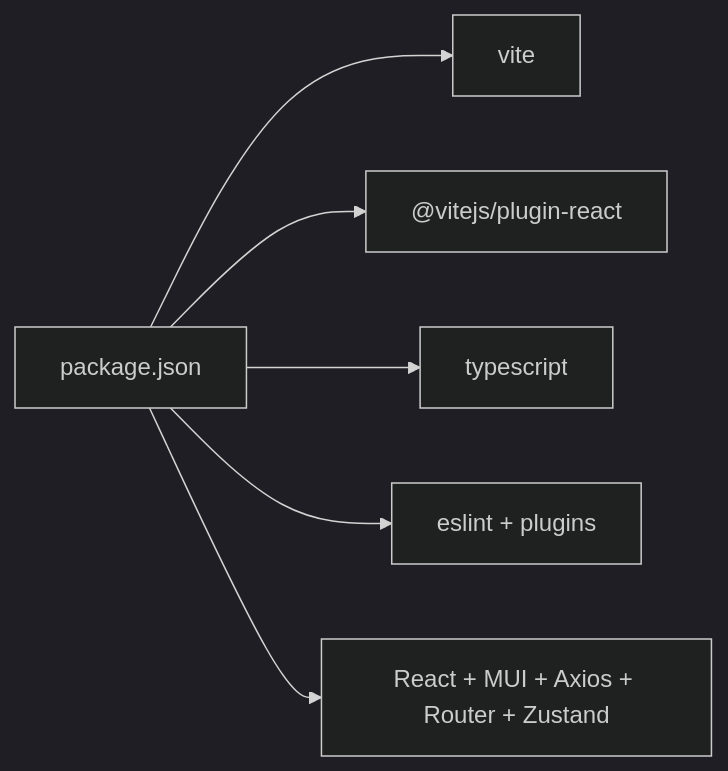
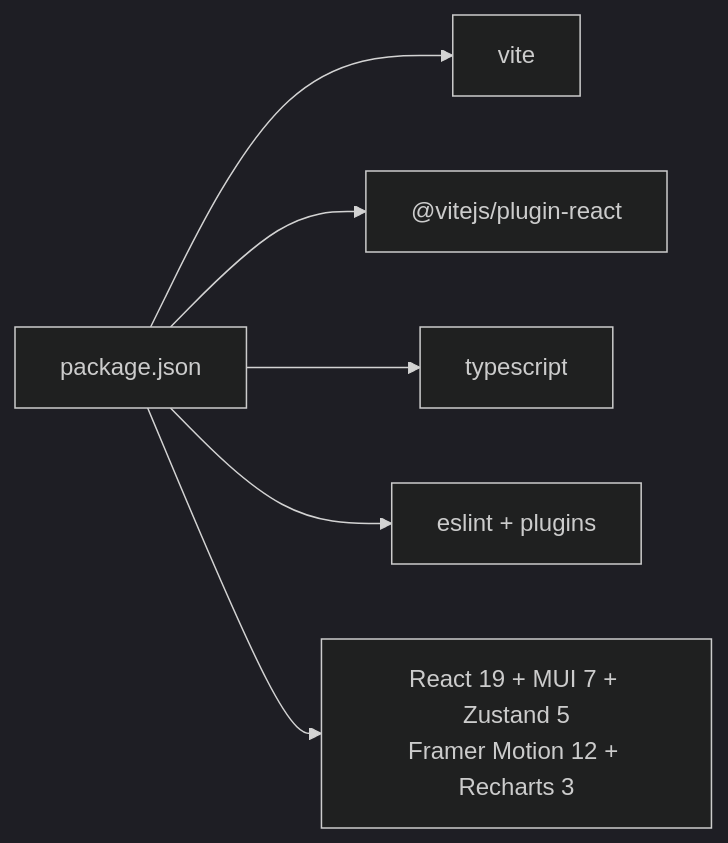
Before and after one commit to Vostrikov2014/vks-qoder: the third of 3 diagrams in .qoder/repowiki/en/content/Frontend Application/Build and Deployment.md, drawn with Mermaid (dark theme). The commit also changed other lines of this file and 5 other files, not shown here.

````diff
--- a/.qoder/repowiki/en/content/Frontend Application/Build and Deployment.md
+++ b/.qoder/repowiki/en/content/Frontend Application/Build and Deployment.md
@@ -237,14 +265,14 @@
 ```mermaid
 graph LR
 PKG["package.json"]
 VITE["vite"]
 RPLUG["@vitejs/plugin-react"]
 TS["typescript"]
 ESL["eslint + plugins"]
-RUNTIME["React + MUI + Axios + Router + Zustand"]
+RUNTIME["React 19 + MUI 7 + Zustand 5<br/>Framer Motion 12 + Recharts 3"]
 PKG --> VITE
 PKG --> RPLUG
 PKG --> TS
 PKG --> ESL
 PKG --> RUNTIME
 ```
````
